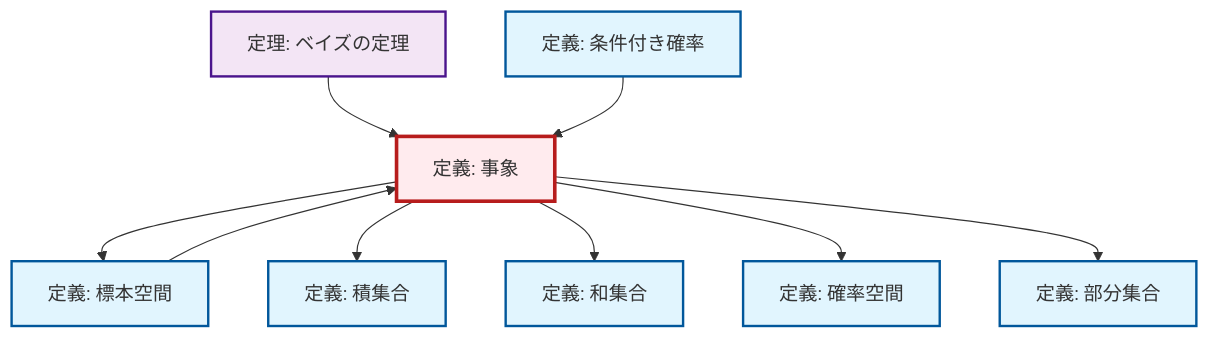
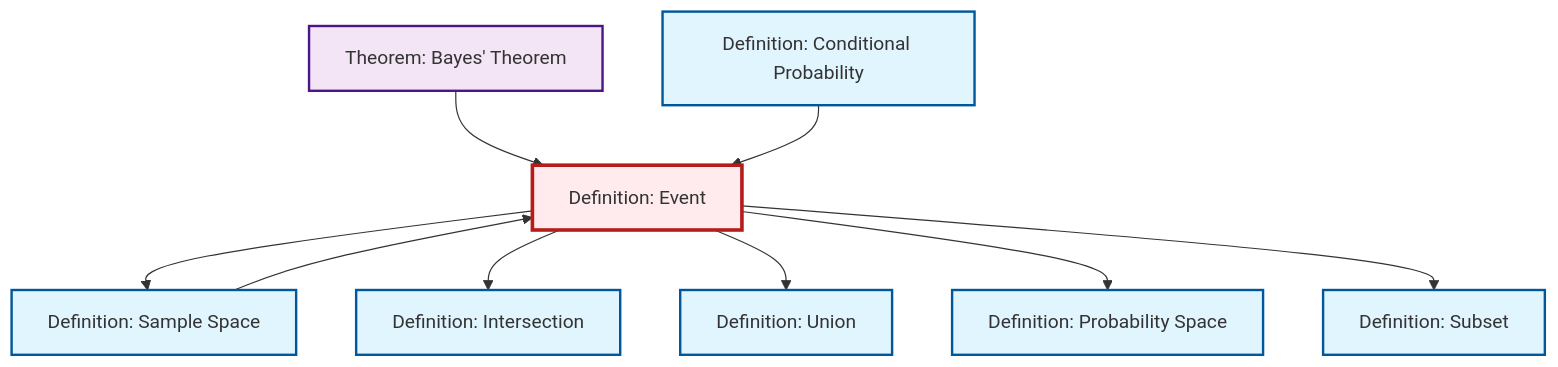
The diagram in content/ja/probability-statistics/def-event.qmd (RK0429/ModernMath), drawn with Mermaid before and after one commit. The commit also changed 203 other files, not shown here.

````diff
--- a/content/ja/probability-statistics/def-event.qmd
+++ b/content/ja/probability-statistics/def-event.qmd
@@ -70,34 +70,26 @@
 ```{mermaid}
-%%| fig-cap: "局所依存関係グラフ"
+%%| fig-cap: "Local dependency graph"
 graph TD
     classDef definition fill:#e1f5fe,stroke:#01579b,stroke-width:2px
     classDef theorem fill:#f3e5f5,stroke:#4a148c,stroke-width:2px
     classDef axiom fill:#fff3e0,stroke:#e65100,stroke-width:2px
     classDef example fill:#e8f5e9,stroke:#1b5e20,stroke-width:2px
     classDef current fill:#ffebee,stroke:#b71c1c,stroke-width:3px
-    def-event["定義: 事象"]:::definition
-    def-sample-space["定義: 標本空間"]:::definition
-    thm-bayes["定理: ベイズの定理"]:::theorem
-    def-probability-space["定義: 確率空間"]:::definition
-    def-conditional-probability["定義: 条件付き確率"]:::definition
-    def-union["定義: 和集合"]:::definition
-    def-subset["定義: 部分集合"]:::definition
-    def-intersection["定義: 積集合"]:::definition
+    def-event["Definition: Event"]:::definition
+    def-sample-space["Definition: Sample Space"]:::definition
+    thm-bayes["Theorem: Bayes' Theorem"]:::theorem
+    def-probability-space["Definition: Probability Space"]:::definition
+    def-conditional-probability["Definition: Conditional Probability"]:::definition
+    def-union["Definition: Union"]:::definition
+    def-subset["Definition: Subset"]:::definition
+    def-intersection["Definition: Intersection"]:::definition
     def-event --> def-sample-space
     def-event --> def-intersection
     def-event --> def-union
     thm-bayes --> def-event
     def-event --> def-probability-space
     def-event --> def-subset
     def-conditional-probability --> def-event
     def-sample-space --> def-event
     class def-event current
-
-    click def-sample-space "def-sample-space.html" "Go to 定義: 標本空間"
-    click thm-bayes "thm-bayes.html" "Go to 定理: ベイズの定理"
-    click def-probability-space "def-probability-space.html" "Go to 定義: 確率空間"
-    click def-conditional-probability "def-conditional-probability.html" "Go to 定義: 条件付き確率"
-    click def-union "def-union.html" "Go to 定義: 和集合"
-    click def-subset "def-subset.html" "Go to 定義: 部分集合"
-    click def-intersection "def-intersection.html" "Go to 定義: 積集合"
 ```
````
